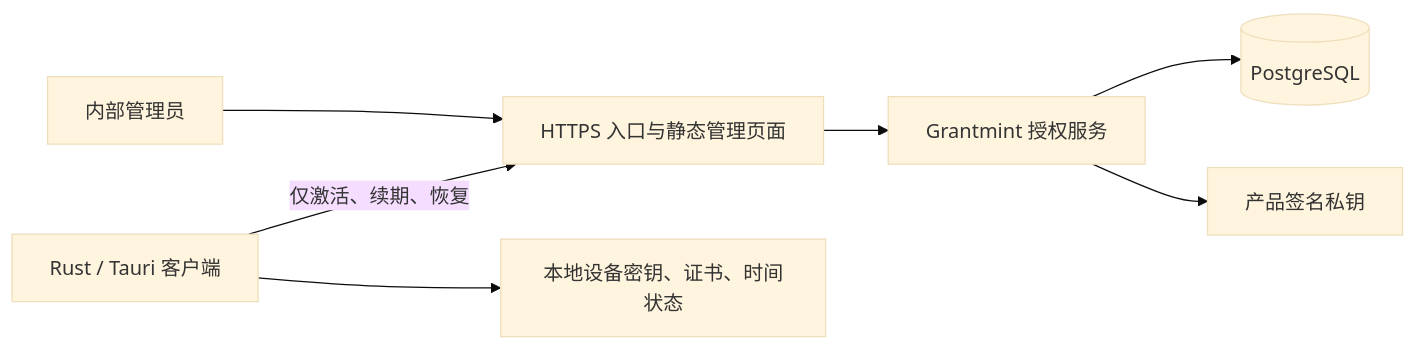
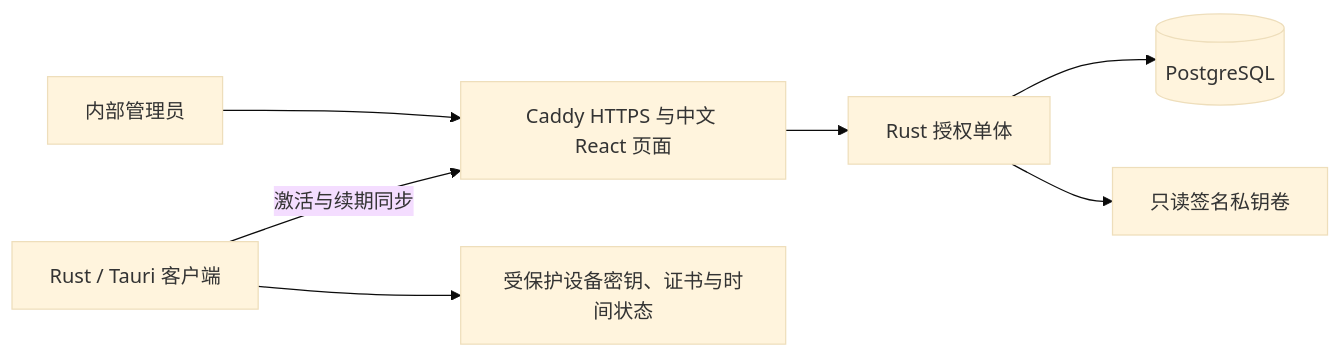
Before and after one commit to liangyuR/grantmint: the diagram in docs/architecture/offline-device-licensing.md, drawn with Mermaid (base theme). The commit also changed other lines of this file and 3 other files, not shown here.

````diff
--- a/docs/architecture/offline-device-licensing.md
+++ b/docs/architecture/offline-device-licensing.md
@@ -39,9 +51,9 @@
 ```mermaid
 flowchart LR
-  Admin[内部管理员] --> Gateway[HTTPS 入口与静态管理页面]
-  Client[Rust / Tauri 客户端] -->|仅激活、续期、恢复| Gateway
-  Gateway --> Server[Grantmint 授权服务]
+  Admin[内部管理员] --> Gateway[Caddy HTTPS 与中文 React 页面]
+  Client[Rust / Tauri 客户端] -->|激活与续期同步| Gateway
+  Gateway --> Server[Rust 授权单体]
   Server --> DB[(PostgreSQL)]
-  Server --> Keys[产品签名私钥]
-  Client --> Local[本地设备密钥、证书、时间状态]
+  Server --> Keys[只读签名私钥卷]
+  Client --> Local[受保护设备密钥、证书与时间状态]
 ```
````
